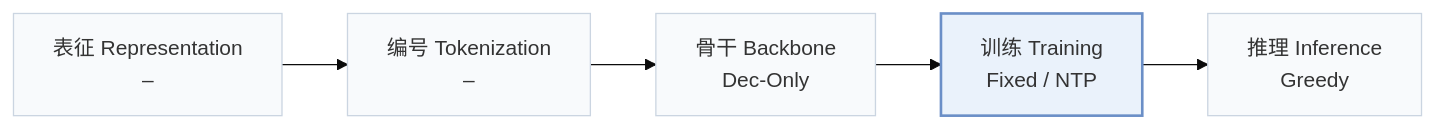
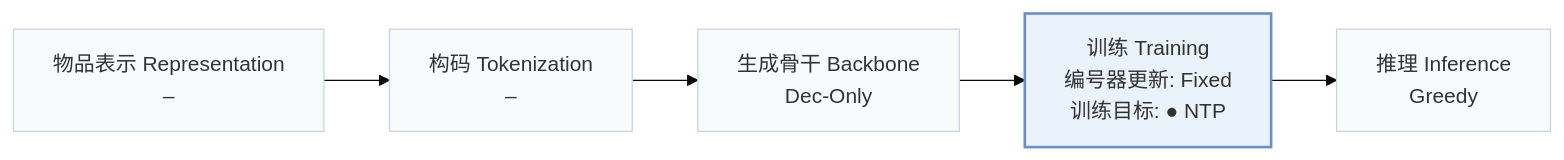
Before and after one commit to Galaxy-ghost/Awesome-SID-Generative-Rec: the first of 2 diagrams in pages/zh/papers/slide.md, drawn with Mermaid (base theme). The commit also changed other lines of this file and 558 other files, not shown here.

````diff
--- a/pages/zh/papers/slide.md
+++ b/pages/zh/papers/slide.md
@@ -15,8 +18,8 @@
 ```mermaid
 flowchart LR
-    R["表征 Representation<br/>–"] --> T["编号 Tokenization<br/>–"] --> B["骨干 Backbone<br/>Dec-Only"] --> TR["训练 Training<br/>Fixed / NTP"] --> I["推理 Inference<br/>Greedy"]
+    R["物品表示 Representation<br/>–"] --> T["构码 Tokenization<br/>–"] --> B["生成骨干 Backbone<br/>Dec-Only"] --> TR["训练 Training<br/>编号器更新: Fixed<br/>训练目标: ● NTP"] --> I["推理 Inference<br/>Greedy"]
     classDef base fill:#f8fafc,stroke:#cbd5e1
     class R,T,B,TR,I base
     classDef main fill:#eaf2fb,stroke:#6b8fc7,stroke-width:2px
     class TR main
 ```
````
